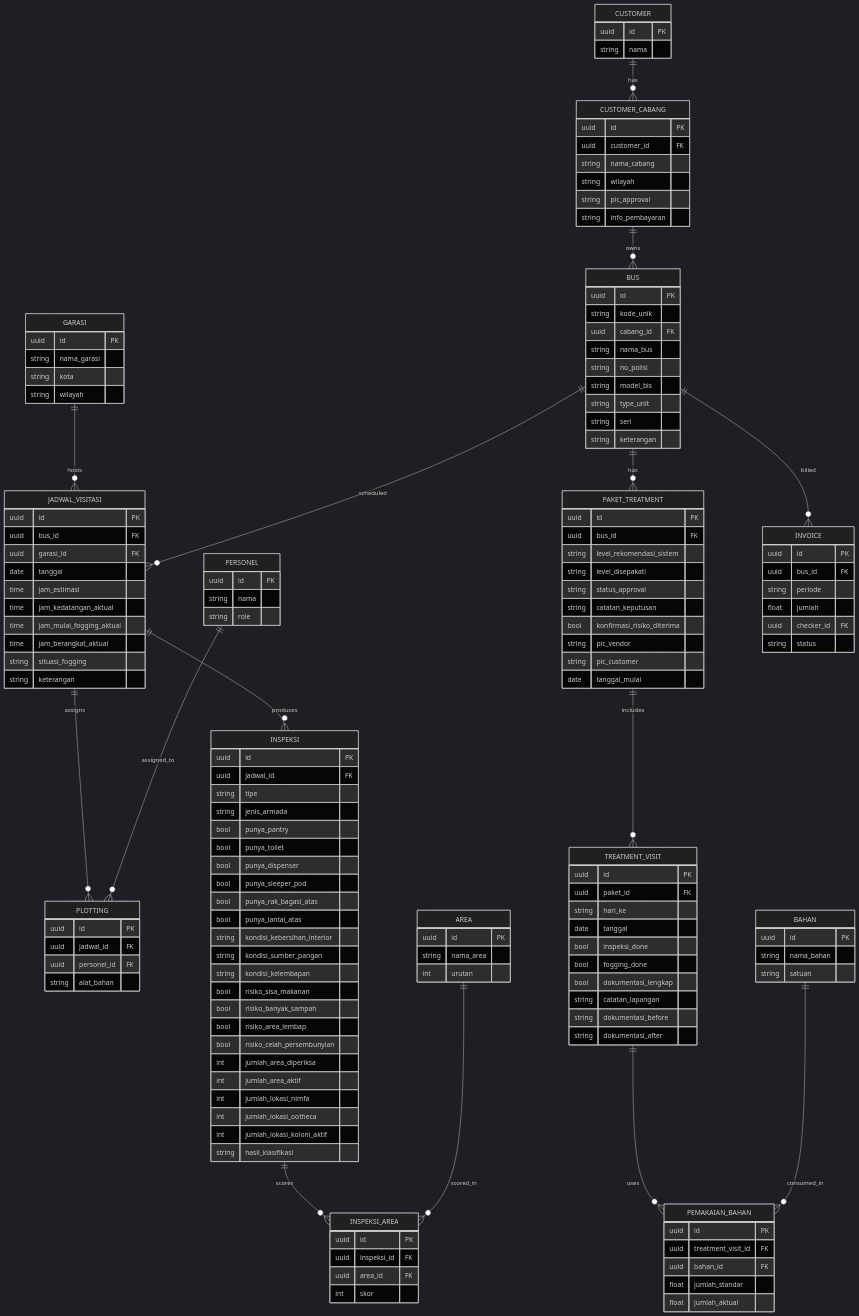
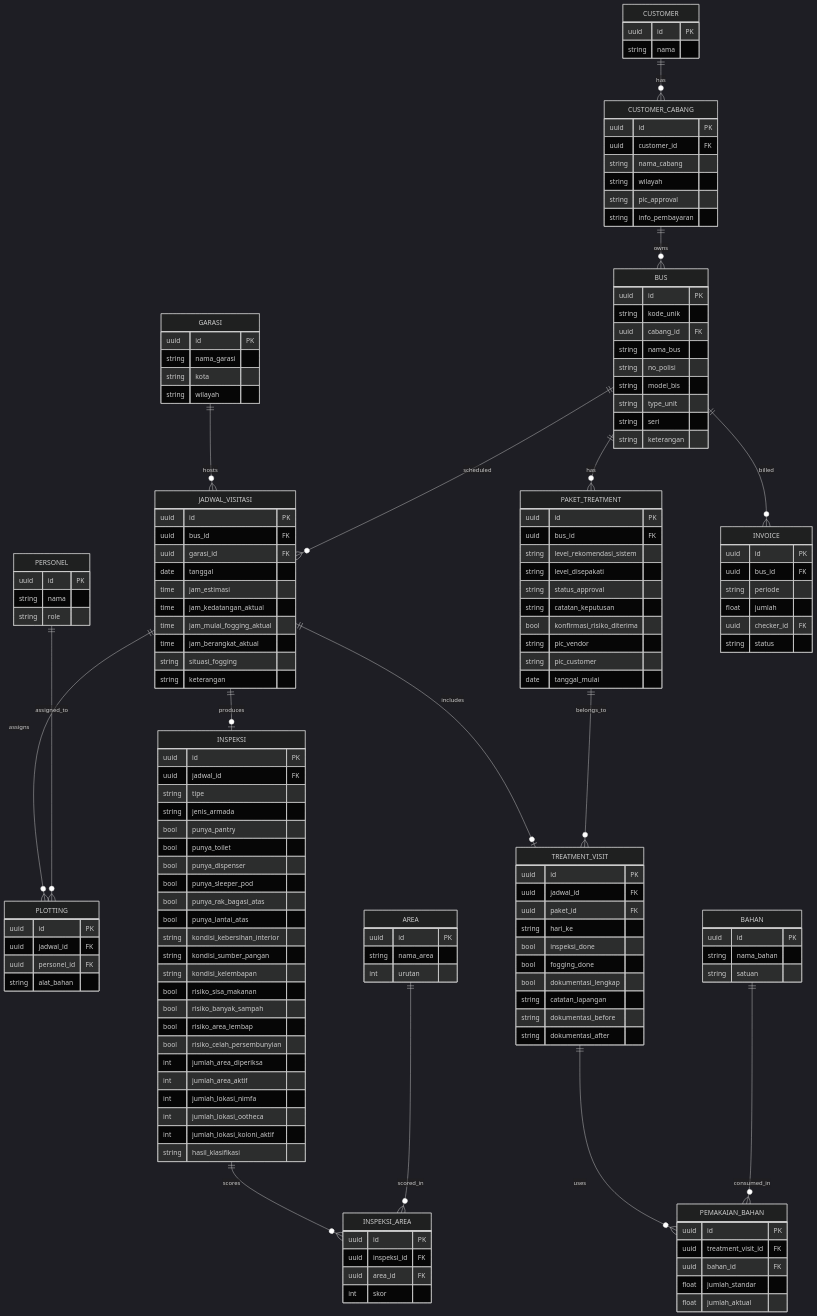
Before and after one commit to Vanialive/WorkflowBugHunter: the second of 2 diagrams in README.md, drawn with Mermaid (dark theme). The commit also changed other lines of this file, not shown here.

```diff
--- a/README.md
+++ b/README.md
@@ -49,11 +50,12 @@
     BUS ||--o{ JADWAL_VISITASI : scheduled
     JADWAL_VISITASI ||--o{ PLOTTING : assigns
     PERSONEL ||--o{ PLOTTING : assigned_to
-    JADWAL_VISITASI ||--o{ INSPEKSI : produces
+    JADWAL_VISITASI ||--o| INSPEKSI : produces
     INSPEKSI ||--o{ INSPEKSI_AREA : scores
     AREA ||--o{ INSPEKSI_AREA : scored_in
+    JADWAL_VISITASI ||--o| TREATMENT_VISIT : includes
     BUS ||--o{ PAKET_TREATMENT : has
-    PAKET_TREATMENT ||--o{ TREATMENT_VISIT : includes
+    PAKET_TREATMENT ||--o{ TREATMENT_VISIT : belongs_to
     TREATMENT_VISIT ||--o{ PEMAKAIAN_BAHAN : uses
     BAHAN ||--o{ PEMAKAIAN_BAHAN : consumed_in
     BUS ||--o{ INVOICE : billed
@@ -160,9 +162,9 @@
     }
     TREATMENT_VISIT {
         uuid id PK
+        uuid jadwal_id FK
         uuid paket_id FK
         string hari_ke
-        date tanggal
         bool inspeksi_done
         bool fogging_done
         bool dokumentasi_lengkap
```
